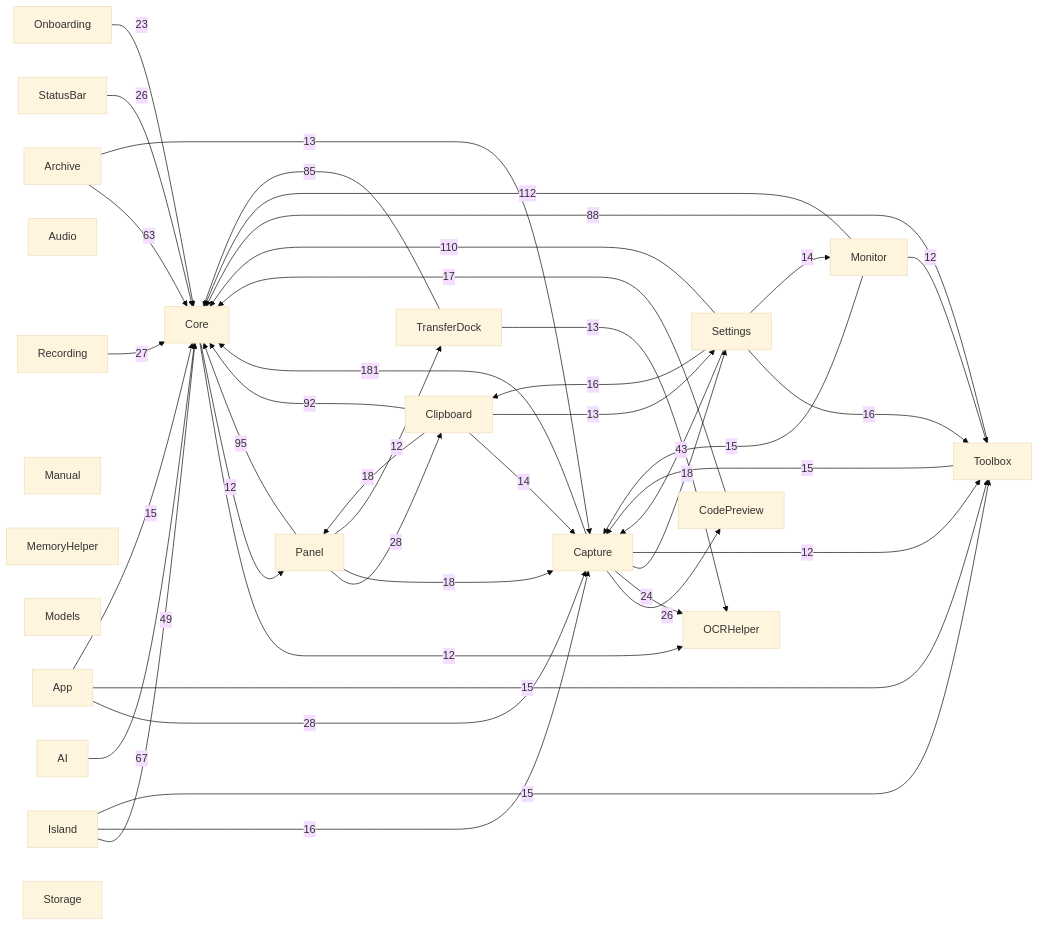
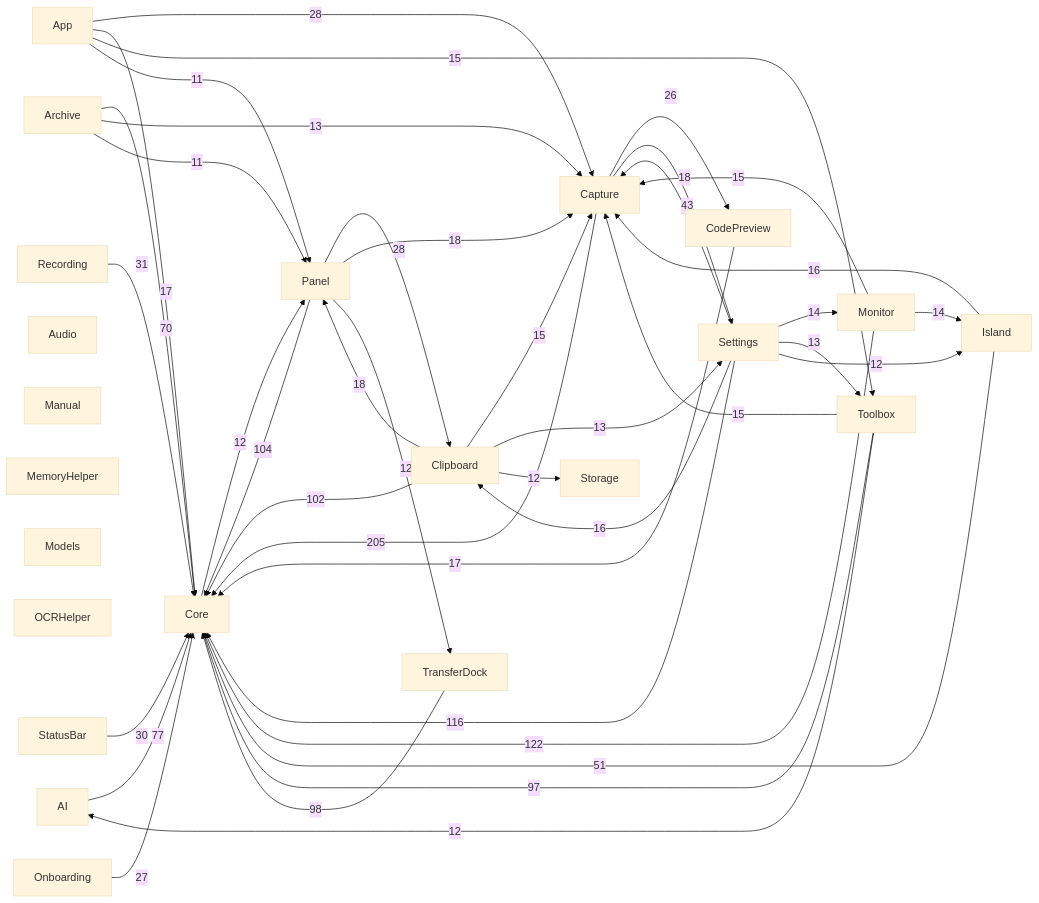
One commit to sxyq/Kitnest changed the diagram in docs/00-总览/模块依赖图.md. Above: the diagram before and after it, drawn with Mermaid (base theme). The commit also changed other lines of this file and 11 other files, not shown here.

````diff
--- a/docs/00-总览/模块依赖图.md
+++ b/docs/00-总览/模块依赖图.md
@@ -36,65 +36,65 @@
 ```mermaid
 flowchart LR
   M0["AI"]
   M1["App"]
   M2["Archive"]
   M3["Audio"]
   M4["Capture"]
   M5["Clipboard"]
   M6["CodePreview"]
   M7["Core"]
   M8["Island"]
   M9["Manual"]
   M10["MemoryHelper"]
   M11["Models"]
   M12["Monitor"]
   M13["OCRHelper"]
   M14["Onboarding"]
   M15["Panel"]
   M16["Recording"]
   M17["Settings"]
   M18["StatusBar"]
   M19["Storage"]
   M20["Toolbox"]
   M21["TransferDock"]
-  M4 -->|181| M7
-  M12 -->|112| M7
-  M17 -->|110| M7
-  M15 -->|95| M7
-  M5 -->|92| M7
-  M20 -->|88| M7
-  M21 -->|85| M7
-  M0 -->|67| M7
-  M2 -->|63| M7
-  M8 -->|49| M7
+  M4 -->|205| M7
+  M12 -->|122| M7
+  M17 -->|116| M7
+  M15 -->|104| M7
+  M5 -->|102| M7
+  M21 -->|98| M7
+  M20 -->|97| M7
+  M0 -->|77| M7
+  M2 -->|70| M7
+  M8 -->|51| M7
   M17 -->|43| M4
+  M16 -->|31| M7
+  M18 -->|30| M7
   M1 -->|28| M4
   M15 -->|28| M5
-  M16 -->|27| M7
+  M14 -->|27| M7
   M4 -->|26| M6
-  M18 -->|26| M7
-  M4 -->|24| M13
-  M14 -->|23| M7
   M4 -->|18| M17
+  M5 -->|18| M15
   M15 -->|18| M4
-  M5 -->|18| M15
+  M1 -->|17| M7
   M6 -->|17| M7
+  M8 -->|16| M4
   M17 -->|16| M5
-  M17 -->|16| M20
-  M8 -->|16| M4
   M1 -->|15| M20
-  M1 -->|15| M7
+  M5 -->|15| M4
   M12 -->|15| M4
   M20 -->|15| M4
-  M8 -->|15| M20
+  M12 -->|14| M8
   M17 -->|14| M12
-  M5 -->|14| M4
   M2 -->|13| M4
-  M21 -->|13| M13
   M5 -->|13| M17
-  M7 -->|12| M13
+  M17 -->|13| M20
   M7 -->|12| M15
-  M4 -->|12| M20
-  M12 -->|12| M20
+  M5 -->|12| M19
   M15 -->|12| M21
+  M17 -->|12| M8
+  M20 -->|12| M0
+  M1 -->|11| M15
+  M2 -->|11| M15
 ```
````
